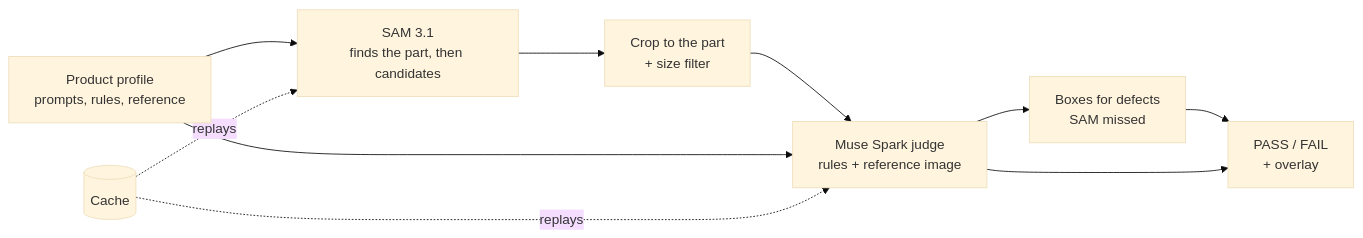
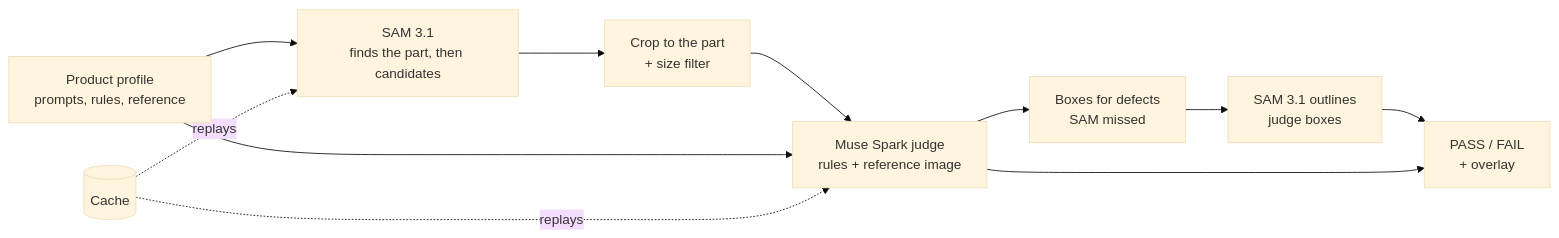
Before and after one commit to richardochristjia/zeroshot-qc: the diagram in README.md, drawn with Mermaid (base theme). The commit also changed other lines of this file and 1 other file, not shown here.

````diff
--- a/README.md
+++ b/README.md
@@ -119,12 +131,13 @@
 ```mermaid
 flowchart LR
     P[Product profile<br/>prompts, rules, reference] --> S[SAM 3.1<br/>finds the part, then candidates]
     S --> K[Crop to the part<br/>+ size filter]
     K --> J[Muse Spark judge<br/>rules + reference image]
     P --> J
     J --> B[Boxes for defects<br/>SAM missed]
-    B --> V[PASS / FAIL<br/>+ overlay]
+    B --> O[SAM 3.1 outlines<br/>judge boxes]
+    O --> V[PASS / FAIL<br/>+ overlay]
     J --> V
     C[(Cache)] -.replays.-> S
     C -.replays.-> J
 ```
````
